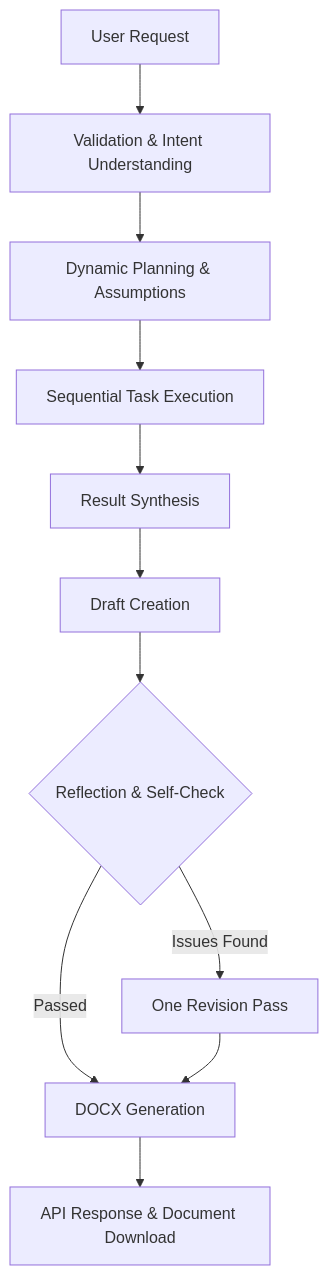
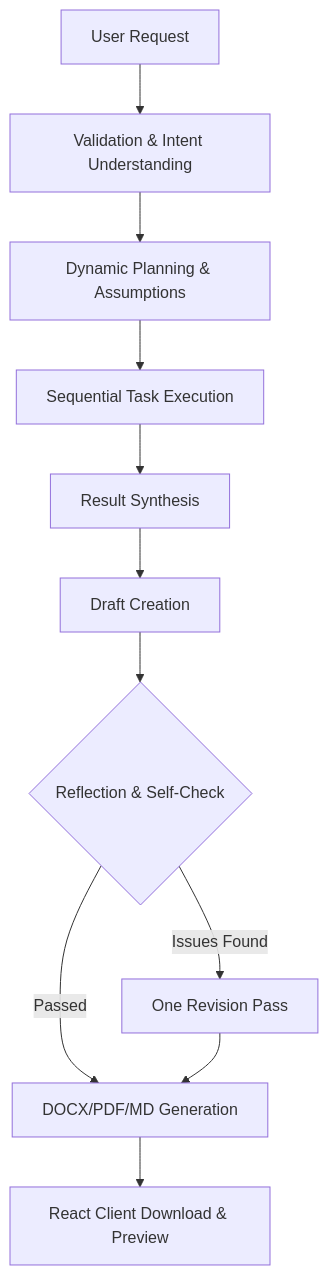
One commit to ishanbhattacharjee12/AgentDoc-Autonomous-AI-Document-Workspace changed the diagram in README.md. Above: the diagram before and after it, drawn with Mermaid. The commit also changed other lines of this file, not shown here.

Commit message:
chore(frontend): finalize Phase 1 React migration and stabilize application shell

````diff
--- a/README.md
+++ b/README.md
@@ -18,13 +25,13 @@
 ```mermaid
 graph TD
     A[User Request] --> B[Validation & Intent Understanding]
     B --> C[Dynamic Planning & Assumptions]
     C --> D[Sequential Task Execution]
     D --> E[Result Synthesis]
     E --> F[Draft Creation]
     F --> G{Reflection & Self-Check}
     G -- Issues Found --> H[One Revision Pass]
-    G -- Passed --> I[DOCX Generation]
+    G -- Passed --> I[DOCX/PDF/MD Generation]
     H --> I
-    I --> J[API Response & Document Download]
+    I --> J[React Client Download & Preview]
 ```
````
